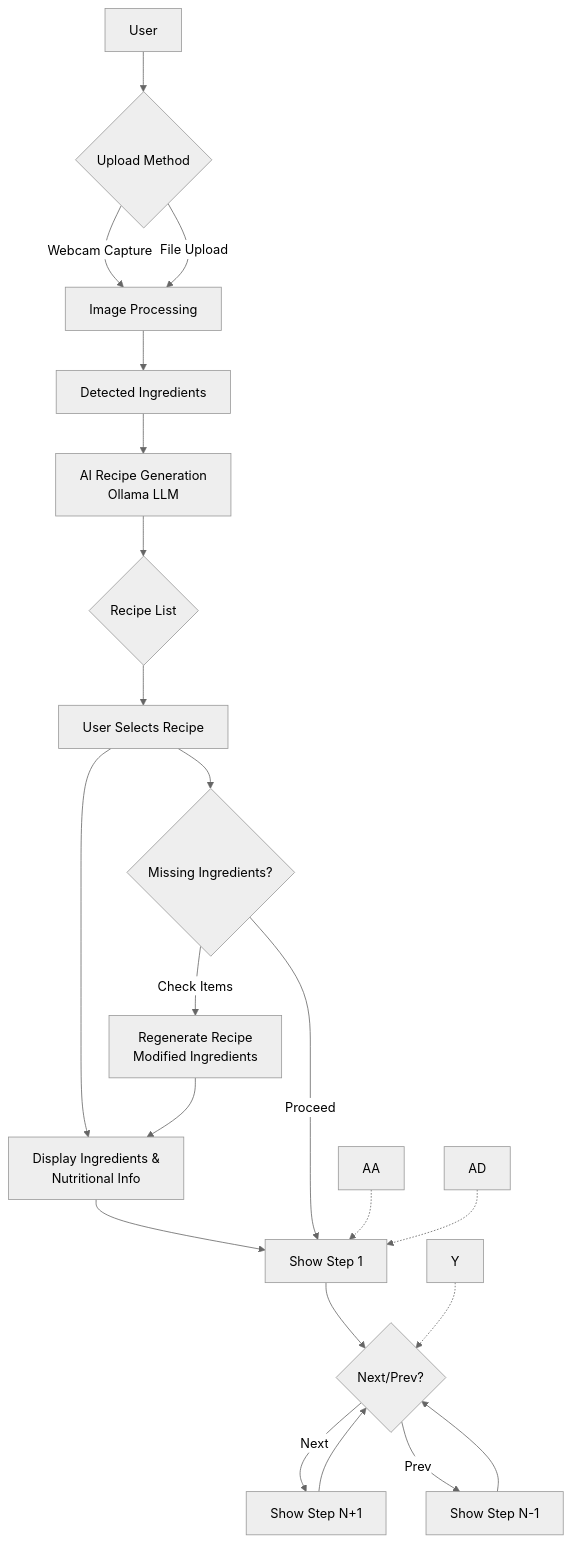
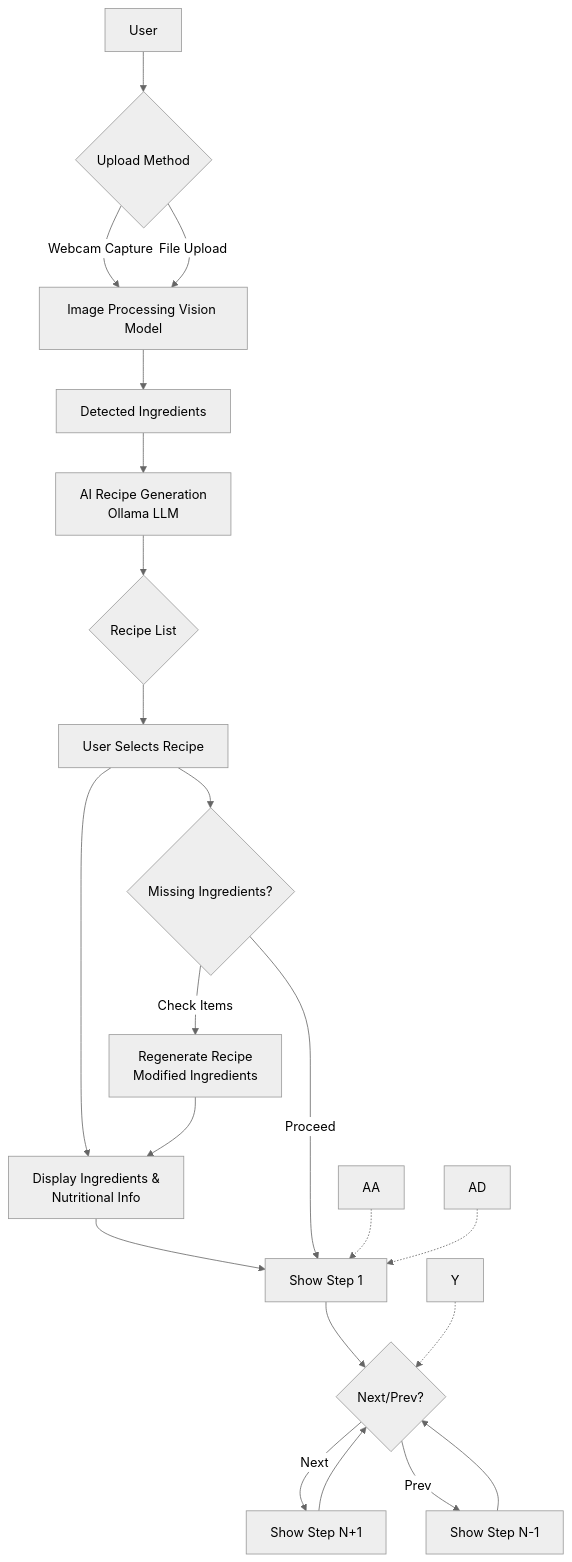
The diagram in README.md (Feininon/Detect-N-Dine), drawn with Mermaid (neutral theme) before and after one commit. The commit also changed other lines of this file, not shown here.

Commit message:
crr t README.md

````diff
--- a/README.md
+++ b/README.md
@@ -202,28 +201,28 @@
 ```mermaid
 flowchart TD
     A[User] --> B{Upload Method}
-    B -->|Webcam Capture| D[Image Processing]
+    B -->|Webcam Capture| D[Image Processing Vision Model]
     B -->|File Upload| D
     D --> E[Detected Ingredients]
     E --> F[AI Recipe Generation
 Ollama LLM]
     F --> G{Recipe List}
     G --> H[User Selects Recipe]
     H --> I[Display Ingredients &
  Nutritional Info]
     I --> J[Show Step 1]
     J --> K{Next/Prev?}
     K -->|Next| L[Show Step N+1]
     K -->|Prev| M[Show Step N-1]
     L --> K
     M --> K
     H --> N{Missing Ingredients?}
     N -->|Check Items| O[Regenerate Recipe
  Modified Ingredients]
     O --> I
     N -->|Proceed| J    
     Y -.-> K
     AA -.-> J
     AD -.-> J
 
 ```
````
